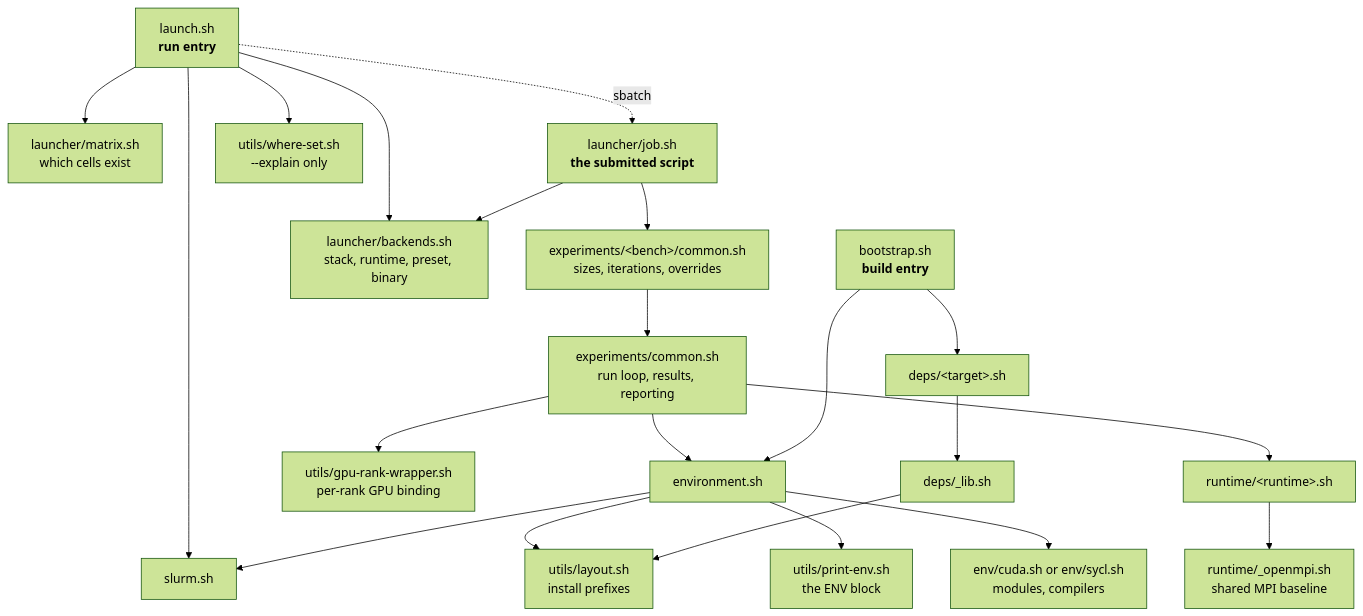
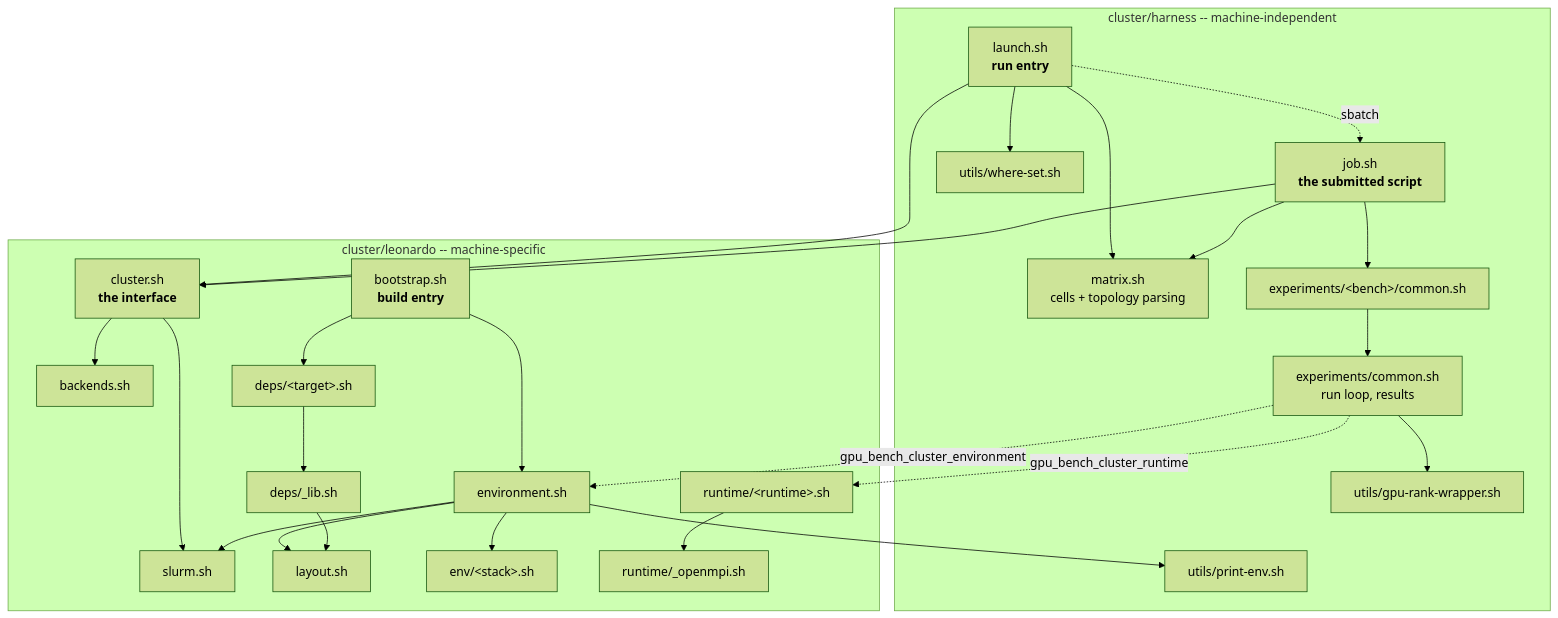
One commit to y3rbiadit0/gpu-comm-benchmark changed the second of 2 diagrams in cluster/leonardo/README.md. Above: the diagram before and after it, drawn with Mermaid (forest theme). The commit also changed other lines of this file and 31 other files, not shown here.

````diff
--- a/cluster/leonardo/README.md
+++ b/cluster/leonardo/README.md
@@ -163,45 +185,52 @@
 ```mermaid
 flowchart TD
-    L["launch.sh<br/><b>run entry</b>"]
-    BS["bootstrap.sh<br/><b>build entry</b>"]
-    S["slurm.sh"]
-    M["launcher/matrix.sh<br/>which cells exist"]
-    BK["launcher/backends.sh<br/>stack, runtime, preset, binary"]
-    J["launcher/job.sh<br/><b>the submitted script</b>"]
-    WS["utils/where-set.sh<br/>--explain only"]
-    BC["experiments/&lt;bench&gt;/common.sh<br/>sizes, iterations, overrides"]
-    EC["experiments/common.sh<br/>run loop, results, reporting"]
-    EN["environment.sh"]
-    LY["utils/layout.sh<br/>install prefixes"]
-    PE["utils/print-env.sh<br/>the ENV block"]
-    GW["utils/gpu-rank-wrapper.sh<br/>per-rank GPU binding"]
-    ES["env/cuda.sh or env/sycl.sh<br/>modules, compilers"]
-    RT["runtime/&lt;runtime&gt;.sh"]
-    RC["runtime/_openmpi.sh<br/>shared MPI baseline"]
-    DL["deps/_lib.sh"]
-    DT["deps/&lt;target&gt;.sh"]
+    subgraph H["cluster/harness -- machine-independent"]
+        L["launch.sh<br/><b>run entry</b>"]
+        M["matrix.sh<br/>cells + topology parsing"]
+        J["job.sh<br/><b>the submitted script</b>"]
+        WS["utils/where-set.sh"]
+        BC["experiments/&lt;bench&gt;/common.sh"]
+        EC["experiments/common.sh<br/>run loop, results"]
+        PE["utils/print-env.sh"]
+        GW["utils/gpu-rank-wrapper.sh"]
+    end
 
-    L --> S
+    subgraph C["cluster/leonardo -- machine-specific"]
+        CL["cluster.sh<br/><b>the interface</b>"]
+        BK["backends.sh"]
+        S["slurm.sh"]
+        EN["environment.sh"]
+        LY["layout.sh"]
+        ES["env/&lt;stack&gt;.sh"]
+        RT["runtime/&lt;runtime&gt;.sh"]
+        RC["runtime/_openmpi.sh"]
+        BS["bootstrap.sh<br/><b>build entry</b>"]
+        DT["deps/&lt;target&gt;.sh"]
+        DL["deps/_lib.sh"]
+    end
+
     L --> M
-    L --> BK
     L --> WS
+    L --> CL
     L -. "sbatch" .-> J
-
-    J --> BK
+    J --> CL
+    J --> M
     J --> BC
     BC --> EC
-    EC --> EN
-    EC --> RT
     EC --> GW
-    RT --> RC
+    EC -. "gpu_bench_cluster_environment" .-> EN
+    EC -. "gpu_bench_cluster_runtime" .-> RT
 
+    CL --> S
+    CL --> BK
     EN --> S
     EN --> LY
     EN --> PE
     EN --> ES
+    RT --> RC
 
     BS --> EN
     BS --> DT
     DT --> DL
     DL --> LY
 ```
````
